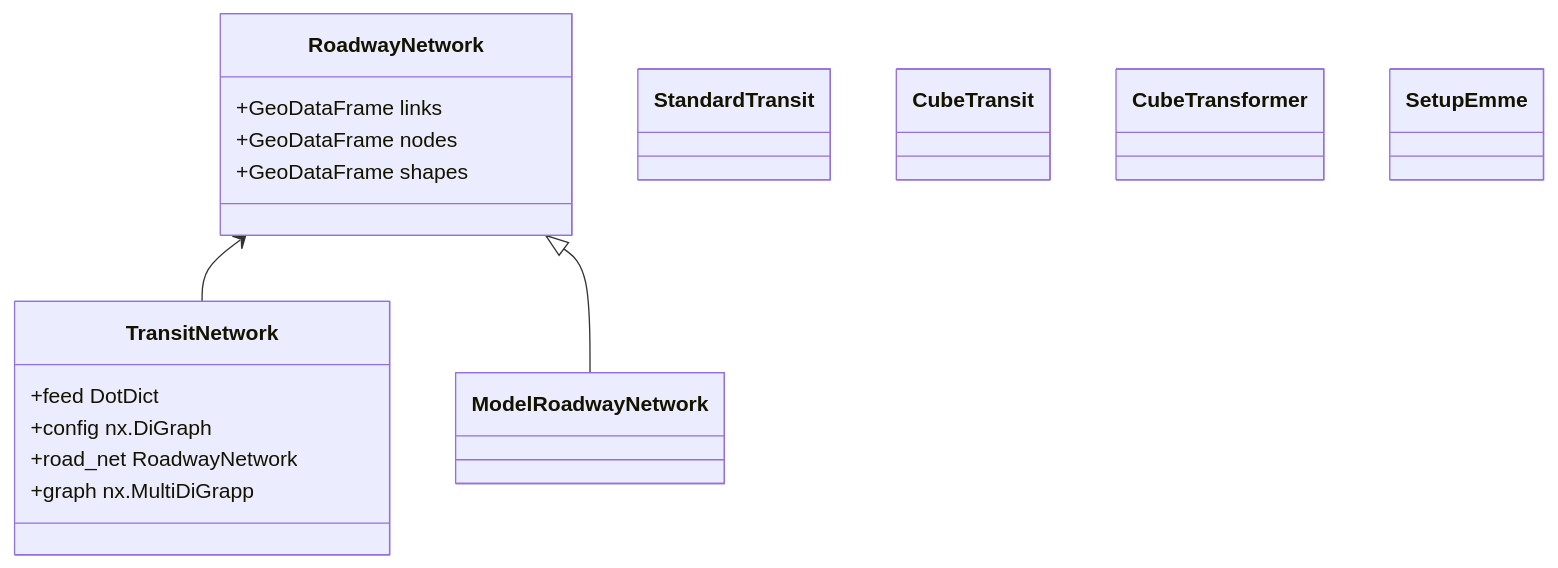
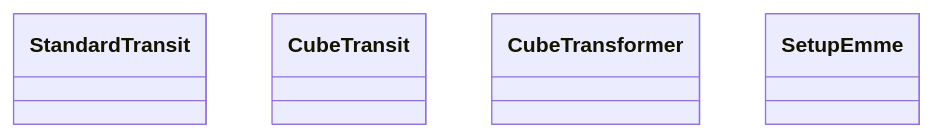
The third of 3 diagrams in architecture.md (BayAreaMetro/network_wrangler), drawn with Mermaid before and after one commit. The commit also changed other lines of this file, not shown here.

````diff
--- a/architecture.md
+++ b/architecture.md
@@ -11,44 +82,18 @@
 ```mermaid
-classDiagram 
-RoadwayNetwork <-- TransitNetwork
-RoadwayNetwork <|-- ModelRoadwayNetwork
-
-%% network_wrangler classes
-
-  class RoadwayNetwork {
-    +GeoDataFrame links
-    +GeoDataFrame nodes
-    +GeoDataFrame shapes
-  }
-  link RoadwayNetwork "https://bayareametro.github.io/network_wrangler/_generated/network_wrangler.RoadwayNetwork/" "network_wrangler.RoadwayNetwork"
-  
-  class TransitNetwork {
-    +feed DotDict
-    +config nx.DiGraph
-    +road_net RoadwayNetwork
-    +graph nx.MultiDiGrapp
-  }
-  link TransitNetwork "https://bayareametro.github.io/network_wrangler/_generated/network_wrangler.TransitNetwork/" "network_wrangler.TransitNetwork"
-  
-%% lasso classes
-
-  class ModelRoadwayNetwork {
-  }
-  link ModelRoadwayNetwork "https://bayareametro.github.io/Lasso/_generated/lasso.ModelRoadwayNetwork/#lasso.ModelRoadwayNetwork" "lasso.ModelRoadwayNetwork"
-
+classDiagram
   class StandardTransit {
   }
   link StandardTransit "https://bayareametro.github.io/Lasso/_generated/lasso.StandardTransit/#lasso.StandardTransit" "lasso.StandardTransit"
   
   class CubeTransit {
   }
   link CubeTransit "https://bayareametro.github.io/Lasso/_generated/lasso.CubeTransit/#lasso.CubeTransit" "lasso.CubeTransit"
 
   class CubeTransformer {
   }
   link CubeTransformer "https://bayareametro.github.io/Lasso/_generated/lasso.CubeTransformer/#lasso.CubeTransformer" "lasso.CubeTransformer"
 
   class SetupEmme {
   }
   link SetupEmme "https://bayareametro.github.io/Lasso/_generated/lasso.SetupEmme/#lasso.SetupEmme" "lasso.SetupEmme"
 ```
````
